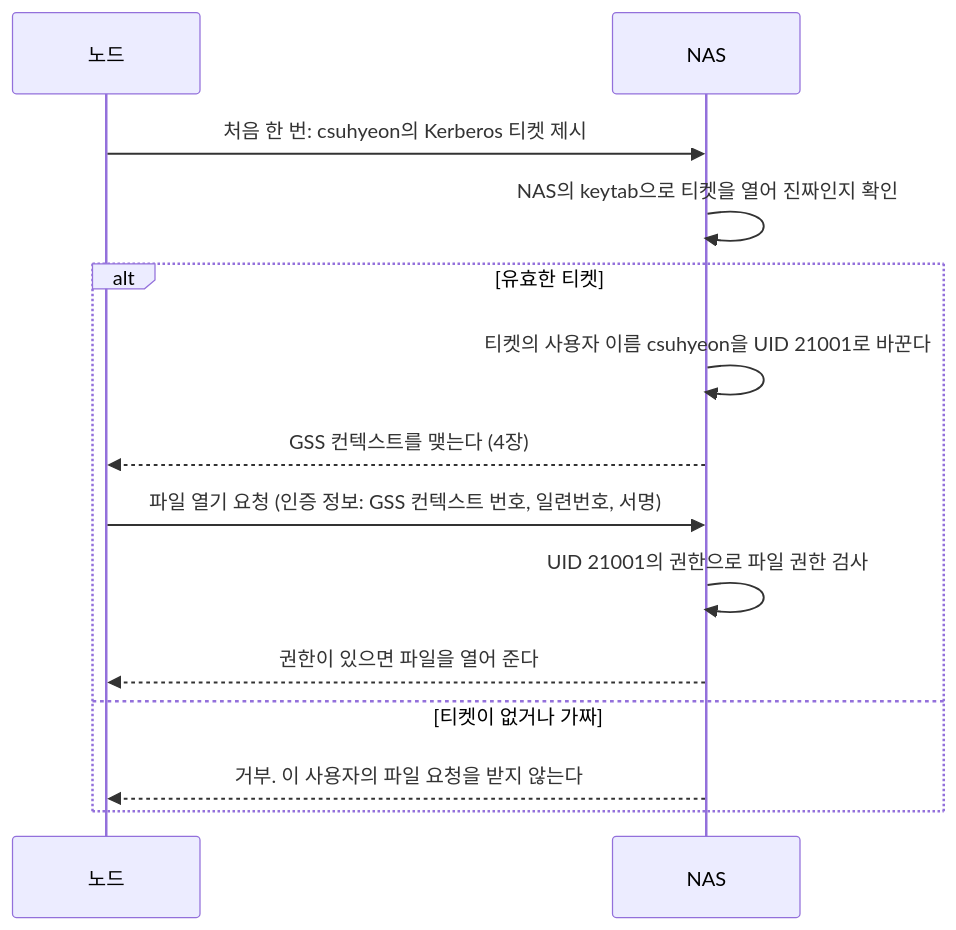
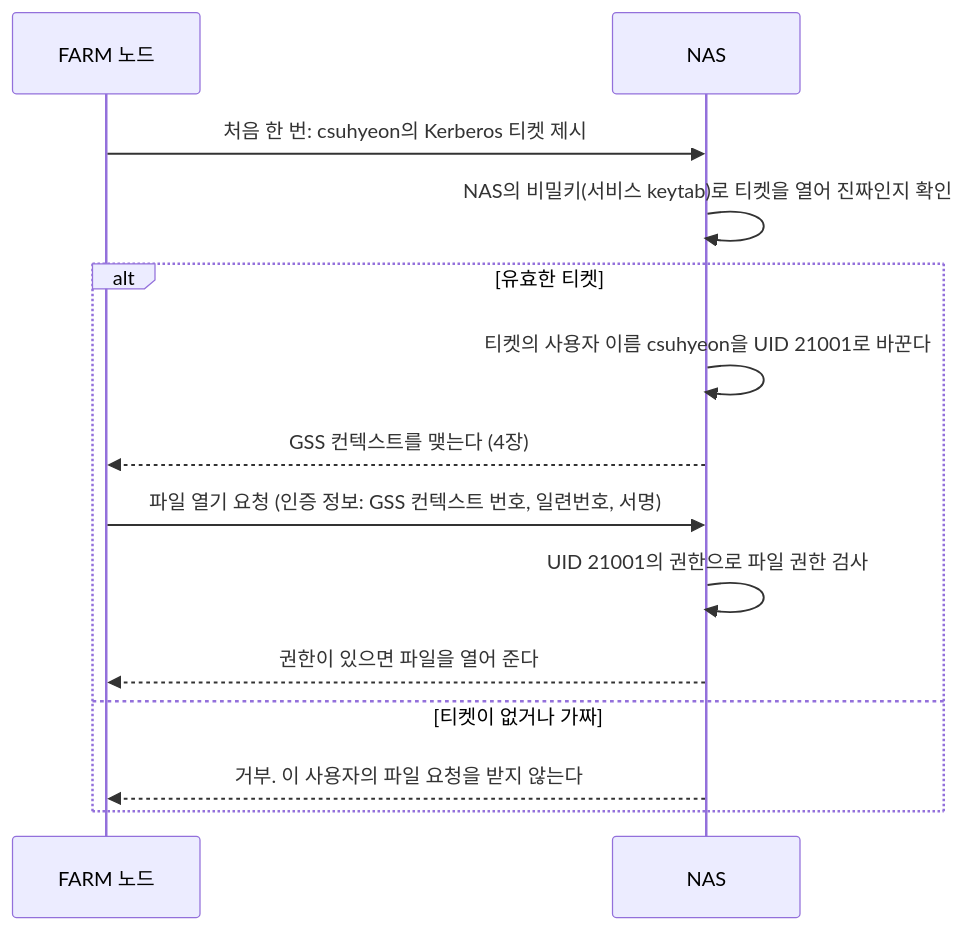
Before and after one commit to CSID-DGU/admin_wiki: the second of 3 diagrams in md/infra/design/NFS-RPC-GSS.md, drawn with Mermaid. The commit also changed other lines of this file and 1 other file, not shown here.

Commit message:
docs: sequence window 그림 추가

````diff
--- a/md/infra/design/NFS-RPC-GSS.md
+++ b/md/infra/design/NFS-RPC-GSS.md
@@ -92,17 +92,17 @@
 ```mermaid
 sequenceDiagram
-    participant N as 노드
+    participant N as FARM 노드
     participant NAS as NAS
 
     N->>NAS: 처음 한 번: csuhyeon의 Kerberos 티켓 제시
-    NAS->>NAS: NAS의 keytab으로 티켓을 열어 진짜인지 확인
+    NAS->>NAS: NAS의 비밀키(서비스 keytab)로 티켓을 열어 진짜인지 확인
     alt 유효한 티켓
         NAS->>NAS: 티켓의 사용자 이름 csuhyeon을 UID 21001로 바꾼다
         NAS-->>N: GSS 컨텍스트를 맺는다 (4장)
         N->>NAS: 파일 열기 요청 (인증 정보: GSS 컨텍스트 번호, 일련번호, 서명)
         NAS->>NAS: UID 21001의 권한으로 파일 권한 검사
         NAS-->>N: 권한이 있으면 파일을 열어 준다
     else 티켓이 없거나 가짜
         NAS-->>N: 거부. 이 사용자의 파일 요청을 받지 않는다
     end
 ```
````
